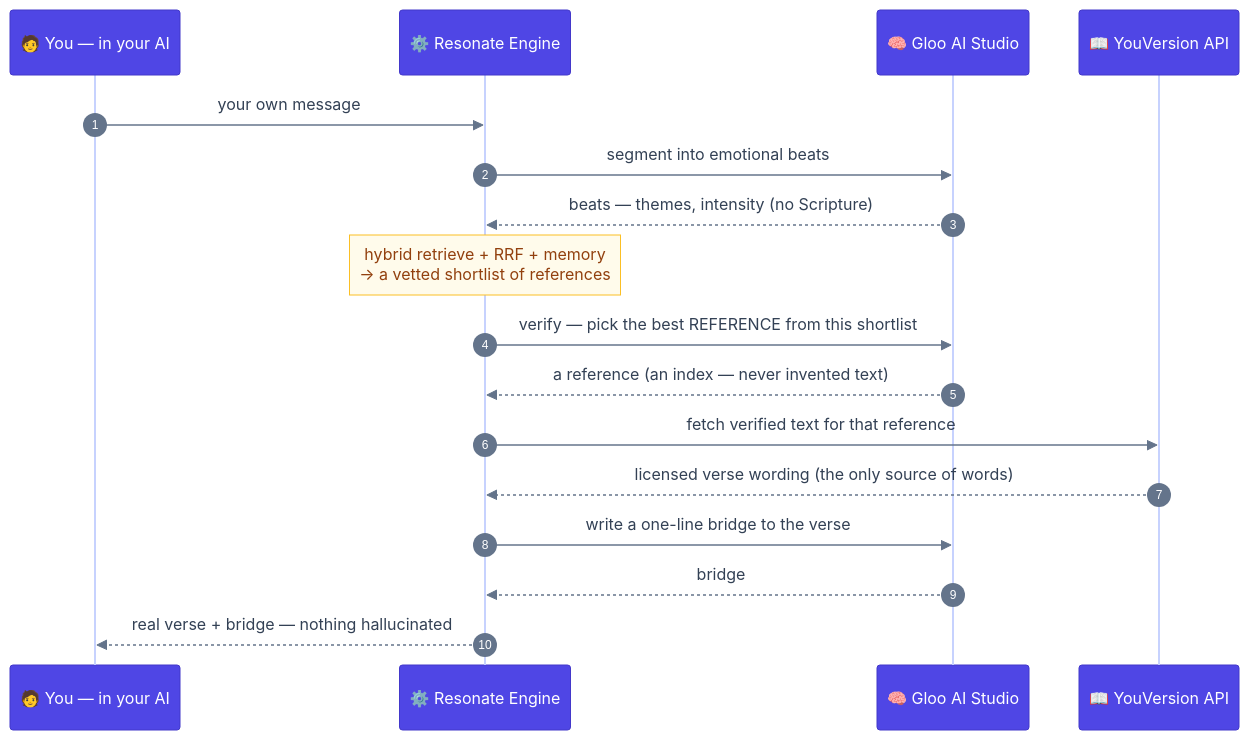
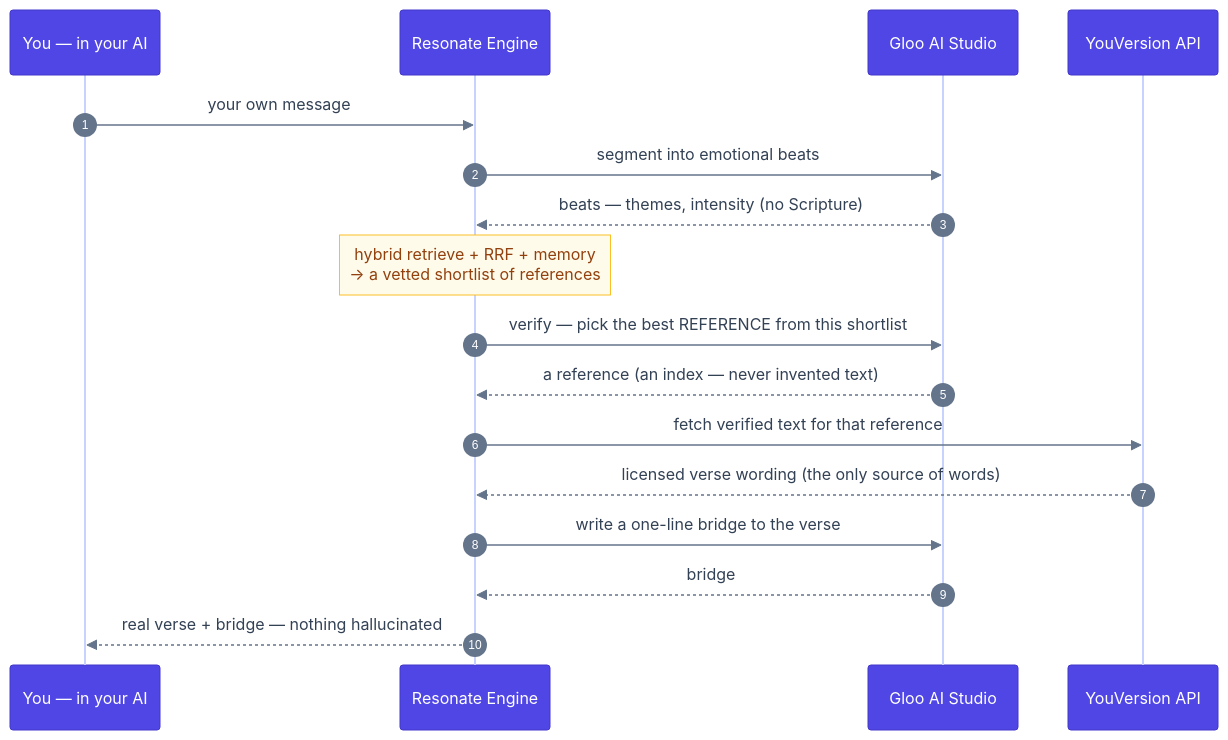
The second of 3 diagrams in README.md (krizz711/resonate), drawn with Mermaid before and after one commit. The commit also changed other lines of this file, not shown here.

````diff
--- a/README.md
+++ b/README.md
@@ -139,21 +139,21 @@
 ```mermaid
 %%{init: {'theme':'base','themeVariables':{'fontFamily':'ui-sans-serif, system-ui, -apple-system, Segoe UI, sans-serif','fontSize':'14px','actorBkg':'#4f46e5','actorBorder':'#4338ca','actorTextColor':'#ffffff','actorLineColor':'#c7d2fe','signalColor':'#64748b','signalTextColor':'#334155','noteBkgColor':'#fffbeb','noteBorderColor':'#fbbf24','noteTextColor':'#92400e','activationBkgColor':'#e0e7ff','activationBorderColor':'#6366f1','sequenceNumberColor':'#ffffff'}}}%%
 sequenceDiagram
     autonumber
-    participant U as 🧑 You — in your AI
-    participant E as ⚙️ Resonate Engine
-    participant G as 🧠 Gloo AI Studio
-    participant Y as 📖 YouVersion API
+    participant U as You — in your AI
+    participant E as Resonate Engine
+    participant G as Gloo AI Studio
+    participant Y as YouVersion API
 
     U->>E: your own message
     E->>G: segment into emotional beats
     G-->>E: beats — themes, intensity (no Scripture)
     Note over E: hybrid retrieve + RRF + memory<br/>→ a vetted shortlist of references
     E->>G: verify — pick the best REFERENCE from this shortlist
     G-->>E: a reference (an index — never invented text)
     E->>Y: fetch verified text for that reference
     Y-->>E: licensed verse wording (the only source of words)
     E->>G: write a one-line bridge to the verse
     G-->>E: bridge
     E-->>U: real verse + bridge — nothing hallucinated
 ```
````
